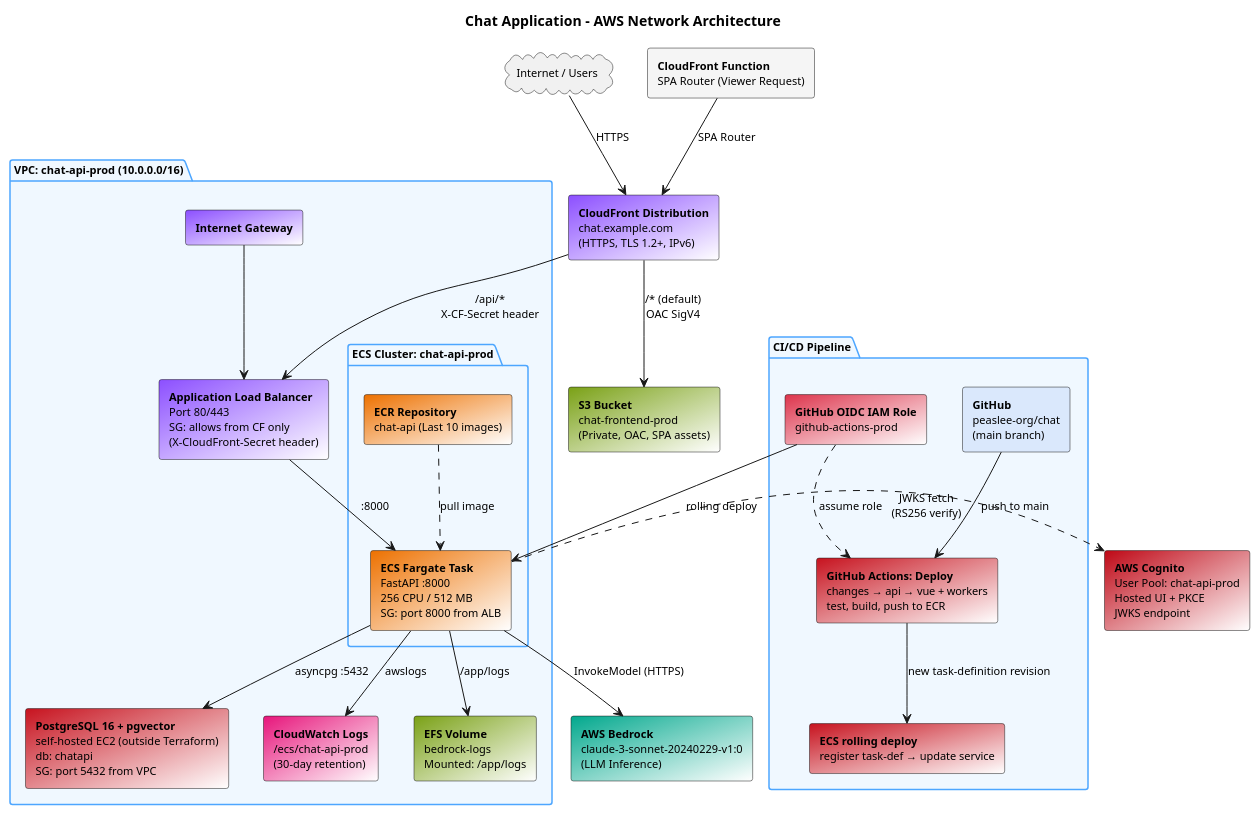
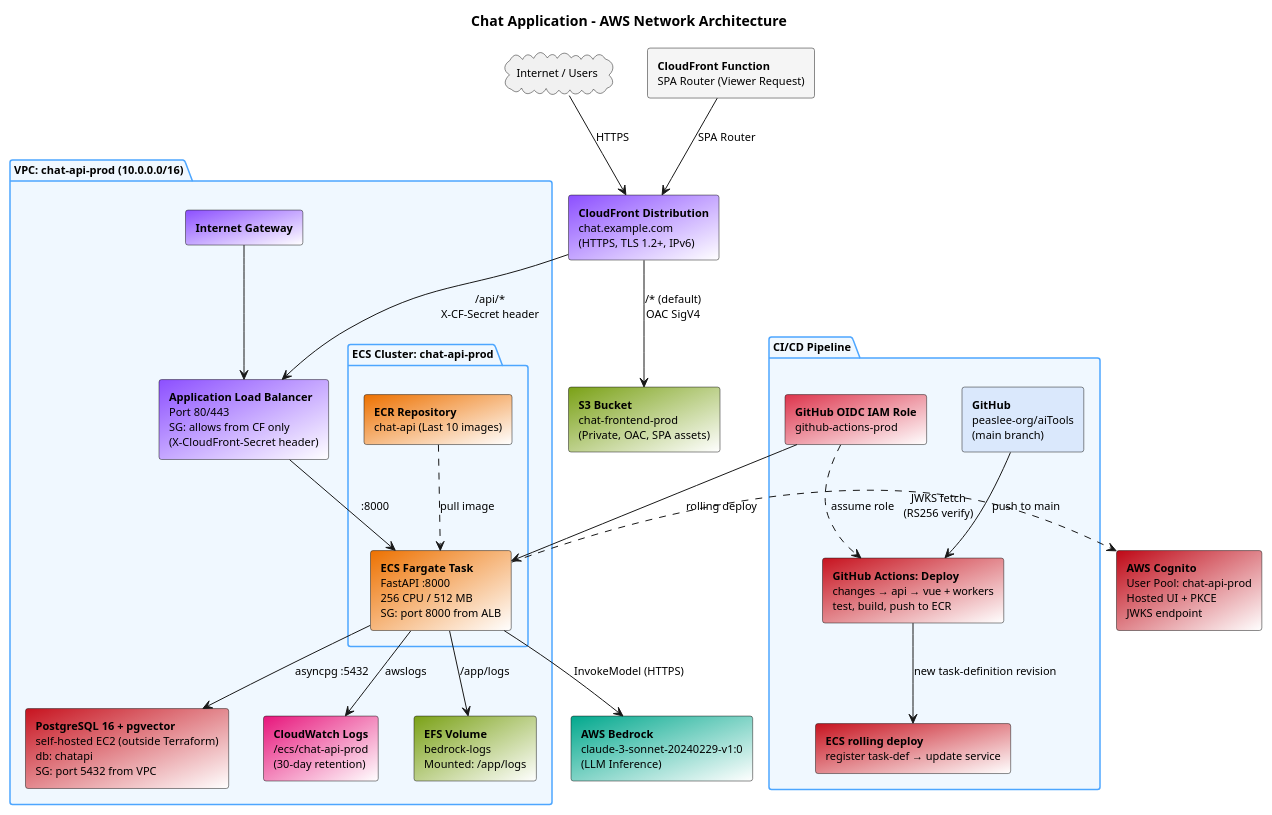
Before and after one commit to peaslee-org/chat: the diagram in docs/architecture/network-map.puml, drawn with PlantUML. The commit also changed 5 other files, not shown here.

First line of the commit message:
feat: rebrand product as aiTools (chat stays the feature name)

```diff
--- a/docs/architecture/network-map.puml
+++ b/docs/architecture/network-map.puml
@@ -1,63 +1,63 @@
 @startuml network-map
 title Chat Application – AWS Network Architecture
 
 skinparam defaultFontSize 11
 skinparam rectangleBorderRadius 8
 skinparam packageBorderColor #4da6ff
 skinparam packageBackgroundColor #f0f8ff
 
 cloud "Internet / Users" as internet
 
 rectangle "<b>CloudFront Distribution</b>\nchat.example.com\n(HTTPS, TLS 1.2+, IPv6)" as cf #8C4FFF/white
 rectangle "<b>CloudFront Function</b>\nSPA Router (Viewer Request)" as cf_fn #f5f5f5
 
 rectangle "<b>S3 Bucket</b>\nchat-frontend-prod\n(Private, OAC, SPA assets)" as s3 #7AA116/white
 
 package "VPC: chat-api-prod (10.0.0.0/16)" {
 
   rectangle "<b>Internet Gateway</b>" as igw #8C4FFF/white
 
   rectangle "<b>Application Load Balancer</b>\nPort 80/443\nSG: allows from CF only\n(X-CloudFront-Secret header)" as alb #8C4FFF/white
 
   package "ECS Cluster: chat-api-prod" {
     rectangle "<b>ECR Repository</b>\nchat-api (Last 10 images)" as ecr #ED7100/white
     rectangle "<b>ECS Fargate Task</b>\nFastAPI :8000\n256 CPU / 512 MB\nSG: port 8000 from ALB" as ecs #ED7100/white
   }
 
   rectangle "<b>PostgreSQL 16 + pgvector</b>\nself-hosted EC2 (outside Terraform)\ndb: chatapi\nSG: port 5432 from VPC" as rds #C7131F/white
 
   rectangle "<b>CloudWatch Logs</b>\n/ecs/chat-api-prod\n(30-day retention)" as cw #E7157B/white
 
   rectangle "<b>EFS Volume</b>\nbedrock-logs\nMounted: /app/logs" as efs #7AA116/white
 }
 
 rectangle "<b>AWS Bedrock</b>\nclaude-3-sonnet-20240229-v1:0\n(LLM Inference)" as bedrock #01A88D/white
 
 rectangle "<b>AWS Cognito</b>\nUser Pool: chat-api-prod\nHosted UI + PKCE\nJWKS endpoint" as cognito #BF0816/white
 
 package "CI/CD Pipeline" {
-  rectangle "<b>GitHub</b>\npeaslee-org/chat\n(main branch)" as github #dae8fc
+  rectangle "<b>GitHub</b>\npeaslee-org/aiTools\n(main branch)" as github #dae8fc
   rectangle "<b>GitHub Actions: Deploy</b>\nchanges → api → vue + workers\ntest, build, push to ECR" as codebuild #C7131F/white
   rectangle "<b>ECS rolling deploy</b>\nregister task-def → update service" as codepipeline #C7131F/white
   rectangle "<b>GitHub OIDC IAM Role</b>\ngithub-actions-prod" as oidc #DD344C/white
 }
 
 internet --> cf : HTTPS
 cf_fn --> cf : SPA Router
 cf --> s3 : "/* (default)\nOAC SigV4"
 cf --> alb : "/api/*\nX-CF-Secret header"
 igw --> alb
 alb --> ecs : :8000
 ecs --> rds : "asyncpg :5432"
 ecs --> cw : awslogs
 ecs --> efs : /app/logs
 ecs --> bedrock : "InvokeModel (HTTPS)"
 ecs .right.> cognito : "JWKS fetch\n(RS256 verify)"
 ecr ..> ecs : pull image
 
 github --> codebuild : push to main
 codebuild --> codepipeline : new task-definition revision
 oidc ..> codebuild : assume role
 oidc --> ecs : rolling deploy
 
 @enduml
```
